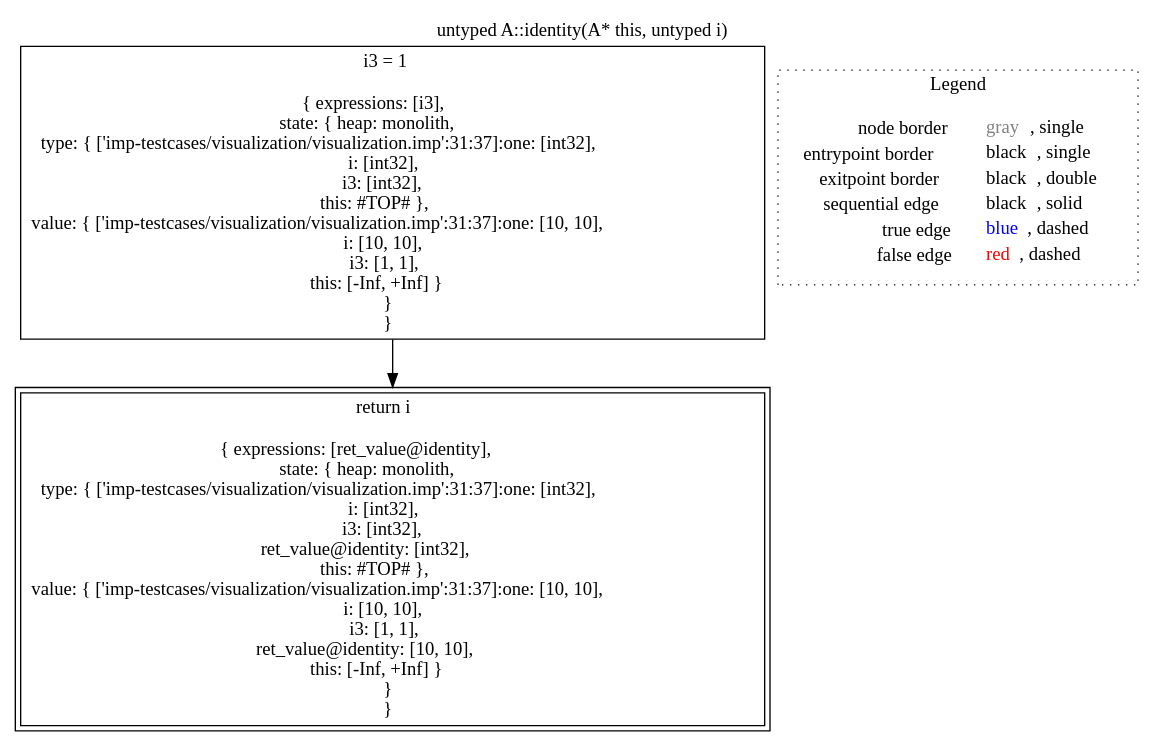
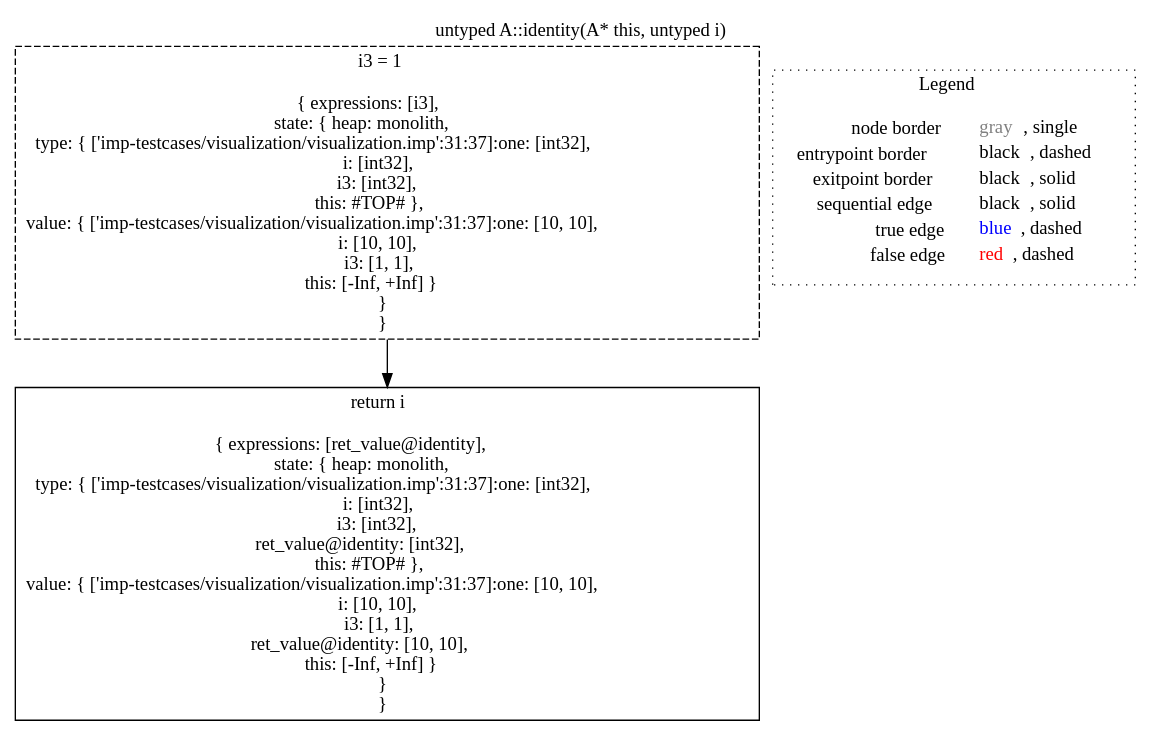
One commit to lisa-analyzer/lisa changed the diagram in lisa/lisa-analyses/imp-testcases/visualization/dot/untyped_A.identity(A__this,_untyped_i)_-1778624996.dot. Above: the diagram before and after it, drawn with Graphviz. The commit also changed 60 other files, not shown here.

```diff
--- a/lisa/lisa-analyses/imp-testcases/visualization/dot/untyped_A.identity(A__this,_untyped_i)_-1778624996.dot
+++ b/lisa/lisa-analyses/imp-testcases/visualization/dot/untyped_A.identity(A__this,_untyped_i)_-1778624996.dot
@@ -1,14 +1,12 @@
-digraph {
-	labelloc="t";
-	label="untyped A::identity(A* this, untyped i)";
-	"node0" [shape="rect",color="black",label=<i3 = 1<BR/><BR/>{ expressions: [i3],<BR/>state: { heap: monolith,<BR/>type: { ['imp-testcases/visualization/visualization.imp':31:37]:one: [int32],<BR/>i: [int32],<BR/>i3: [int32],<BR/>this: #TOP# },<BR/>value: { ['imp-testcases/visualization/visualization.imp':31:37]:one: [10, 10],<BR/>i: [10, 10],<BR/>i3: [1, 1],<BR/>this: [-Inf, +Inf] }<BR/> }<BR/> }<BR/>>];
-	"node3" [shape="rect",color="black",peripheries="2",label=<return i<BR/><BR/>{ expressions: [ret_value@identity],<BR/>state: { heap: monolith,<BR/>type: { ['imp-testcases/visualization/visualization.imp':31:37]:one: [int32],<BR/>i: [int32],<BR/>i3: [int32],<BR/>ret_value@identity: [int32],<BR/>this: #TOP# },<BR/>value: { ['imp-testcases/visualization/visualization.imp':31:37]:one: [10, 10],<BR/>i: [10, 10],<BR/>i3: [1, 1],<BR/>ret_value@identity: [10, 10],<BR/>this: [-Inf, +Inf] }<BR/> }<BR/> }<BR/>>];
-	"node0" -> "node3" [color="black"];
-subgraph cluster_legend {
-	label="Legend";
-	style=dotted;
-	node [shape=plaintext];
-	"legend" [label=<<table border="0" cellpadding="2" cellspacing="0" cellborder="0"><tr><td align="right">node border&nbsp;</td><td align="left"><font color="gray">gray</font>, single</td></tr><tr><td align="right">entrypoint border&nbsp;</td><td align="left"><font color="black">black</font>, single</td></tr><tr><td align="right">exitpoint border&nbsp;</td><td align="left"><font color="black">black</font>, double</td></tr><tr><td align="right">sequential edge&nbsp;</td><td align="left"><font color="black">black</font>, solid</td></tr><tr><td align="right">true edge&nbsp;</td><td align="left"><font color="blue">blue</font>, dashed</td></tr><tr><td align="right">false edge&nbsp;</td><td align="left"><font color="red">red</font>, dashed</td></tr></table>>];
+digraph "untyped A::identity(A* this, untyped i)" {
+edge ["dir"="forward"]
+graph ["label"="untyped A::identity(A* this, untyped i)","labelloc"="t"]
+"node0" ["label"=<i3 = 1<br/><br/>{ expressions: [i3],<br/>state: { heap: monolith,<br/>type: { ['imp-testcases/visualization/visualization.imp':31:37]:one: [int32],<br/>i: [int32],<br/>i3: [int32],<br/>this: #TOP# },<br/>value: { ['imp-testcases/visualization/visualization.imp':31:37]:one: [10, 10],<br/>i: [10, 10],<br/>i3: [1, 1],<br/>this: [-Inf, +Inf] }<br/> }<br/> }<br/>>,"shape"="rect","id"="node0","color"="black","style"="dashed"]
+"node3" ["label"=<return i<br/><br/>{ expressions: [ret_value@identity],<br/>state: { heap: monolith,<br/>type: { ['imp-testcases/visualization/visualization.imp':31:37]:one: [int32],<br/>i: [int32],<br/>i3: [int32],<br/>ret_value@identity: [int32],<br/>this: #TOP# },<br/>value: { ['imp-testcases/visualization/visualization.imp':31:37]:one: [10, 10],<br/>i: [10, 10],<br/>i3: [1, 1],<br/>ret_value@identity: [10, 10],<br/>this: [-Inf, +Inf] }<br/> }<br/> }<br/>>,"shape"="rect","id"="node3","color"="black"]
+subgraph "cluster_legend" {
+edge ["dir"="none"]
+graph ["label"=<Legend>,"style"="dotted"]
+"legend" ["label"=<<table border="0" cellpadding="2" cellspacing="0" cellborder="0"><tr><td align="right">node border&nbsp;</td><td align="left"><font color="gray">gray</font>, single</td></tr><tr><td align="right">entrypoint border&nbsp;</td><td align="left"><font color="black">black</font>, dashed</td></tr><tr><td align="right">exitpoint border&nbsp;</td><td align="left"><font color="black">black</font>, solid</td></tr><tr><td align="right">sequential edge&nbsp;</td><td align="left"><font color="black">black</font>, solid</td></tr><tr><td align="right">true edge&nbsp;</td><td align="left"><font color="blue">blue</font>, dashed</td></tr><tr><td align="right">false edge&nbsp;</td><td align="left"><font color="red">red</font>, dashed</td></tr></table>>,"shape"="none"]
 }
-
+"node0" -> "node3" ["color"="black"]
 }
```
